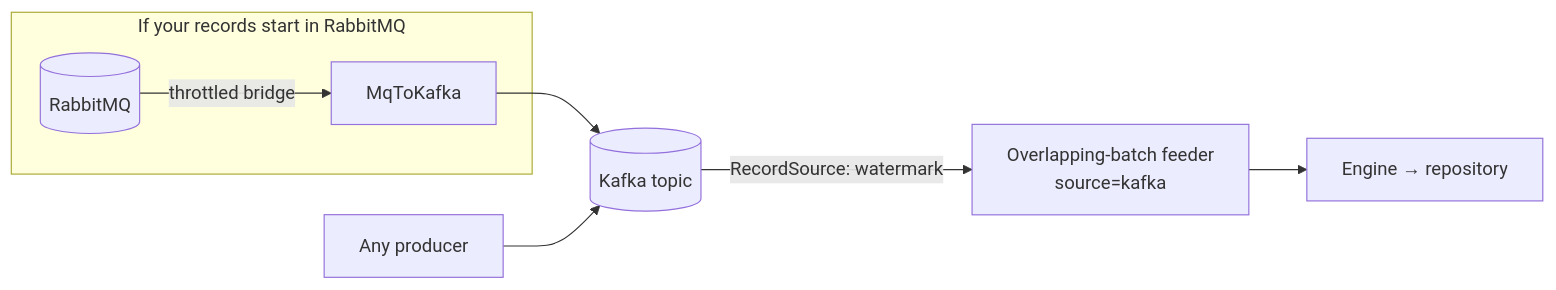
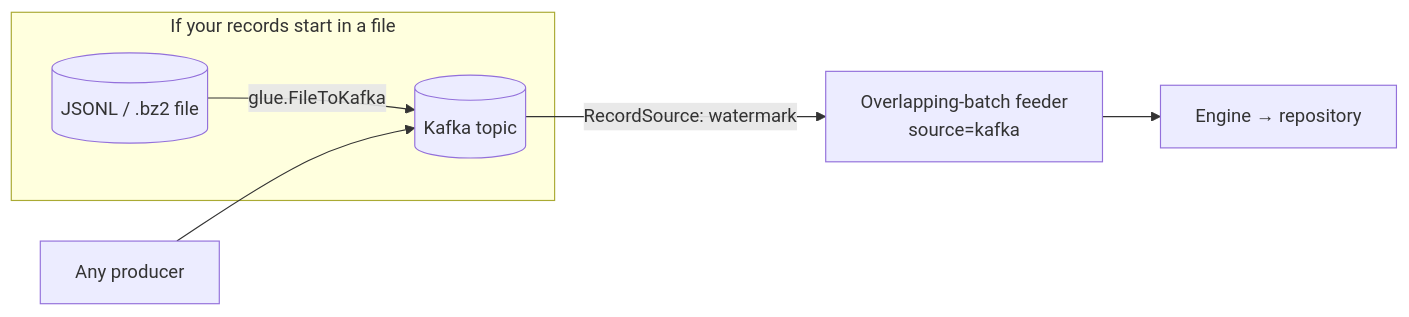
Before and after one commit to brianmacy/sz_spark: the diagram in docs/tutorial/04-kafka-setup.md, drawn with Mermaid. The commit also changed other lines of this file and 16 other files, not shown here.

First line of the commit message:
feat(kafka): file→Kafka producer + lag monitor; retire the bridge; idempotent DLQ re-drive

````diff
--- a/docs/tutorial/04-kafka-setup.md
+++ b/docs/tutorial/04-kafka-setup.md
@@ -7,10 +7,9 @@
 ```mermaid
 flowchart LR
-  subgraph opt [If your records start in RabbitMQ]
-    q[(RabbitMQ)] -->|throttled bridge| br[MqToKafka]
+  subgraph opt [If your records start in a file]
+    f[(JSONL / .bz2 file)] -->|glue.FileToKafka| t
   end
-  br --> t[(Kafka topic)]
-  prod[Any producer] --> t
+  prod[Any producer] --> t[(Kafka topic)]
   t -->|RecordSource: watermark| fd[Overlapping-batch feeder<br/>source=kafka]
   fd --> eng[Engine → repository]
 ```
````
